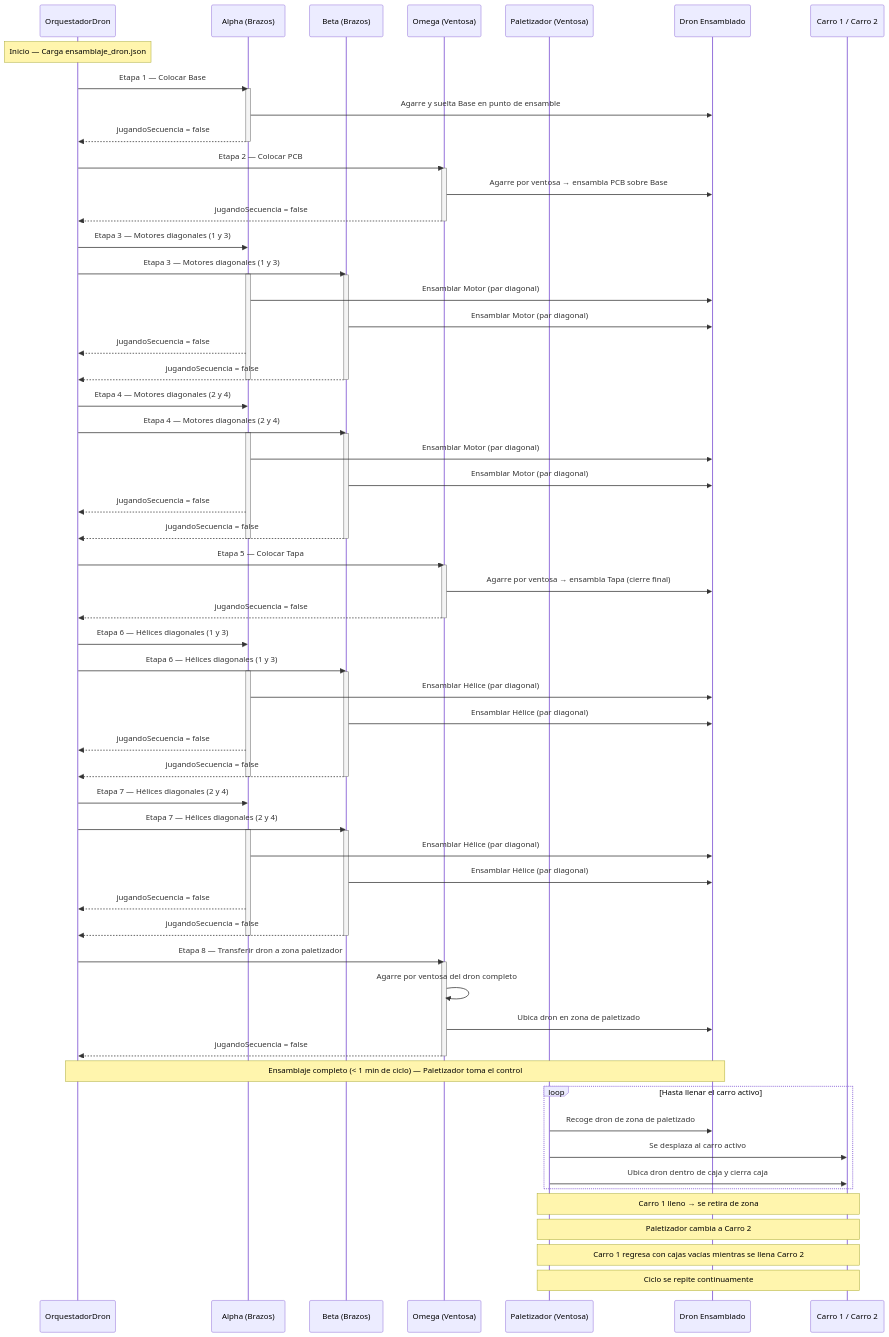
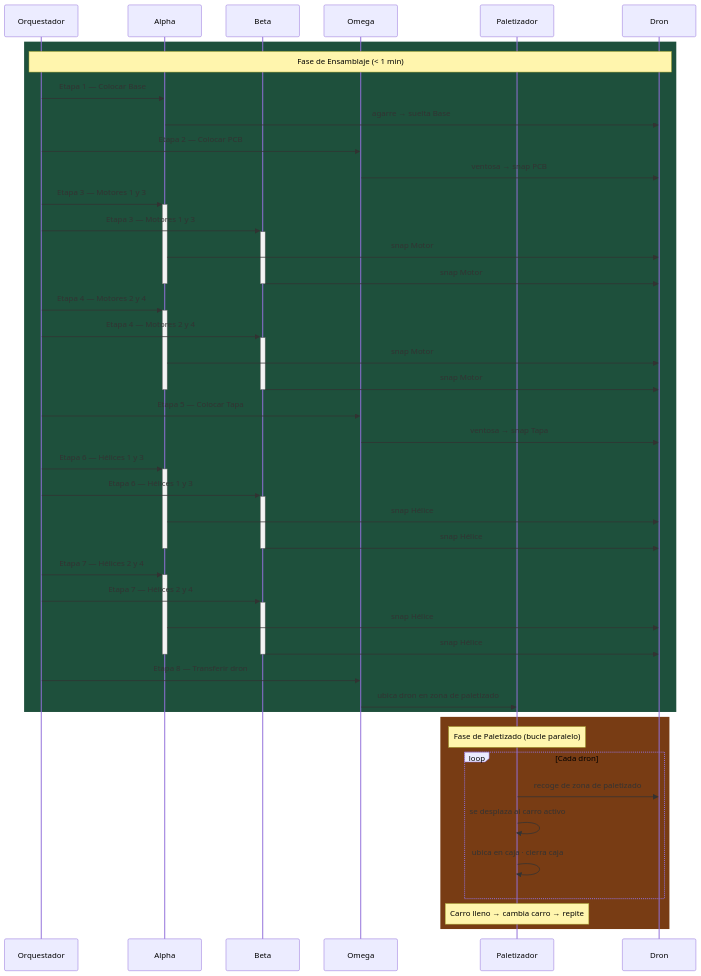
One commit to jorgefajardom-coder/drone-packaging-simulation-unity changed the fifth of 6 diagrams in README.md. Above: the diagram before and after it, drawn with Mermaid. The commit also changed other lines of this file, not shown here.

````diff
--- a/README.md
+++ b/README.md
@@ -1164,94 +1063,62 @@
 ```mermaid
 sequenceDiagram
-    participant O as OrquestadorDron
-    participant A as Alpha (Brazos)
-    participant B as Beta (Brazos)
-    participant W as Omega (Ventosa)
-    participant P as Paletizador (Ventosa)
-    participant D as Dron Ensamblado
-    participant C as Carro 1 / Carro 2
+    participant O as Orquestador
+    participant A as Alpha
+    participant B as Beta
+    participant W as Omega
+    participant P as Paletizador
+    participant D as Dron
 
-    Note over O: Inicio — Carga ensamblaje_dron.json
+    rect rgb(30, 80, 60)
+        Note over O,D: Fase de Ensamblaje (< 1 min)
+        O->>A: Etapa 1 — Colocar Base
+        A->>D: agarre → suelta Base
 
-    O->>A: Etapa 1 — Colocar Base
-    activate A
-    A->>D: Agarre y suelta Base en punto de ensamble
-    A-->>O: jugandoSecuencia = false
-    deactivate A
+        O->>W: Etapa 2 — Colocar PCB
+        W->>D: ventosa → snap PCB
 
-    O->>W: Etapa 2 — Colocar PCB
-    activate W
-    W->>D: Agarre por ventosa → ensambla PCB sobre Base
-    W-->>O: jugandoSecuencia = false
-    deactivate W
+        O->>+A: Etapa 3 — Motores 1 y 3
+        O->>+B: Etapa 3 — Motores 1 y 3
+        A->>D: snap Motor
+        B->>D: snap Motor
+        deactivate A
+        deactivate B
 
-    O->>A: Etapa 3 — Motores diagonales (1 y 3)
-    O->>B: Etapa 3 — Motores diagonales (1 y 3)
-    activate A
-    activate B
-    A->>D: Ensamblar Motor (par diagonal)
-    B->>D: Ensamblar Motor (par diagonal)
-    A-->>O: jugandoSecuencia = false
-    B-->>O: jugandoSecuencia = false
-    deactivate A
-    deactivate B
+        O->>+A: Etapa 4 — Motores 2 y 4
+        O->>+B: Etapa 4 — Motores 2 y 4
+        A->>D: snap Motor
+        B->>D: snap Motor
+        deactivate A
+        deactivate B
 
-    O->>A: Etapa 4 — Motores diagonales (2 y 4)
-    O->>B: Etapa 4 — Motores diagonales (2 y 4)
-    activate A
-    activate B
-    A->>D: Ensamblar Motor (par diagonal)
-    B->>D: Ensamblar Motor (par diagonal)
-    A-->>O: jugandoSecuencia = false
-    B-->>O: jugandoSecuencia = false
-    deactivate A
-    deactivate B
+        O->>W: Etapa 5 — Colocar Tapa
+        W->>D: ventosa → snap Tapa
 
-    O->>W: Etapa 5 — Colocar Tapa
-    activate W
-    W->>D: Agarre por ventosa → ensambla Tapa (cierre final)
-    W-->>O: jugandoSecuencia = false
-    deactivate W
+        O->>+A: Etapa 6 — Hélices 1 y 3
+        O->>+B: Etapa 6 — Hélices 1 y 3
+        A->>D: snap Hélice
+        B->>D: snap Hélice
+        deactivate A
+        deactivate B
 
-    O->>A: Etapa 6 — Hélices diagonales (1 y 3)
-    O->>B: Etapa 6 — Hélices diagonales (1 y 3)
-    activate A
-    activate B
-    A->>D: Ensamblar Hélice (par diagonal)
-    B->>D: Ensamblar Hélice (par diagonal)
-    A-->>O: jugandoSecuencia = false
-    B-->>O: jugandoSecuencia = false
-    deactivate A
-    deactivate B
+        O->>+A: Etapa 7 — Hélices 2 y 4
+        O->>+B: Etapa 7 — Hélices 2 y 4
+        A->>D: snap Hélice
+        B->>D: snap Hélice
+        deactivate A
+        deactivate B
 
-    O->>A: Etapa 7 — Hélices diagonales (2 y 4)
-    O->>B: Etapa 7 — Hélices diagonales (2 y 4)
-    activate A
-    activate B
-    A->>D: Ensamblar Hélice (par diagonal)
-    B->>D: Ensamblar Hélice (par diagonal)
-    A-->>O: jugandoSecuencia = false
-    B-->>O: jugandoSecuencia = false
-    deactivate A
-    deactivate B
-
-    O->>W: Etapa 8 — Transferir dron a zona paletizador
-    activate W
-    W->>W: Agarre por ventosa del dron completo
-    W->>D: Ubica dron en zona de paletizado
-    W-->>O: jugandoSecuencia = false
-    deactivate W
-
-    Note over O,D: Ensamblaje completo (< 1 min de ciclo) — Paletizador toma el control
-
-    loop Hasta llenar el carro activo
-        P->>D: Recoge dron de zona de paletizado
-        P->>C: Se desplaza al carro activo
-        P->>C: Ubica dron dentro de caja y cierra caja
+        O->>W: Etapa 8 — Transferir dron
+        W->>P: ubica dron en zona de paletizado
     end
 
-    Note over P,C: Carro 1 lleno → se retira de zona
-    Note over P,C: Paletizador cambia a Carro 2
-    Note over P,C: Carro 1 regresa con cajas vacías mientras se llena Carro 2
-    Note over P,C: Ciclo se repite continuamente
+    rect rgb(120, 60, 20)
+        Note over P: Fase de Paletizado (bucle paralelo)
+        loop Cada dron
+            P->>D: recoge de zona de paletizado
+            P->>P: se desplaza al carro activo
+            P->>P: ubica en caja · cierra caja
+        end
+        Note over P: Carro lleno → cambia carro → repite
+    end
 ```
````
